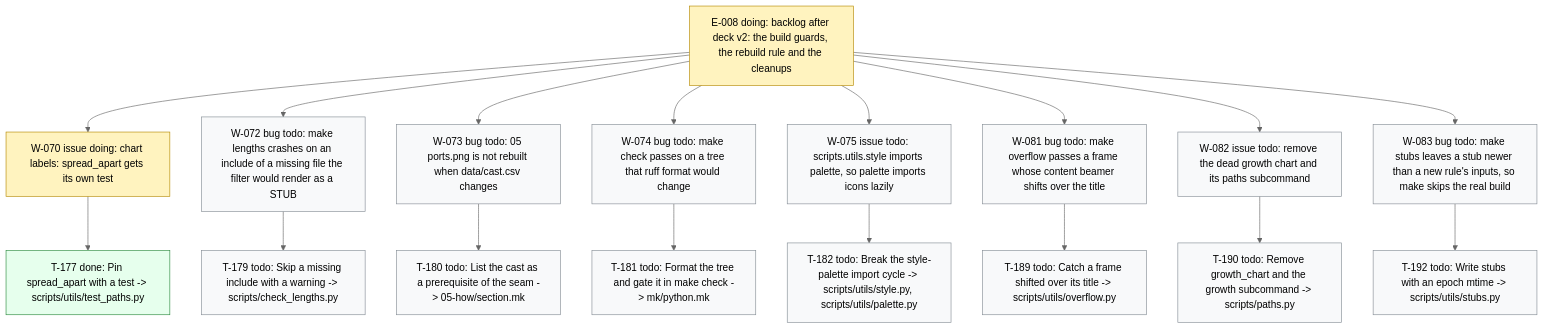
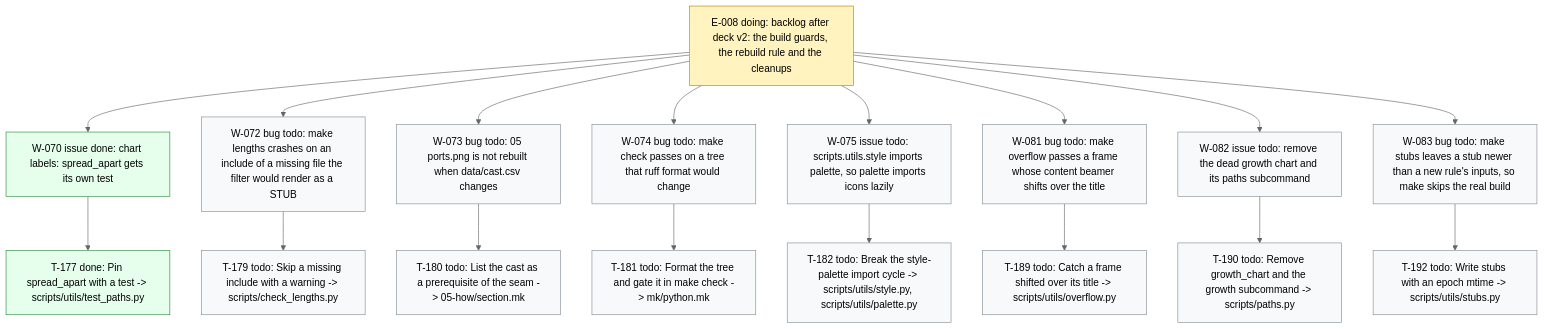
One commit to dpopchev/chaos-to-simple changed the diagram in .board/BOARD.md. Above: the diagram before and after it, drawn with Mermaid (neutral theme). The commit also changed other lines of this file and 1 other file, not shown here.

Commit message:
chore(board): close W-070 -- landed
Refs: W-070

````diff
--- a/.board/BOARD.md
+++ b/.board/BOARD.md
@@ -485,28 +485,28 @@
 ```mermaid
 flowchart TD
   E008["E-008 doing: backlog after deck v2: the build guards, the rebuild rule and the cleanups"]
-  E008 --> W070["W-070 issue doing: chart labels: spread_apart gets its own test"]
+  E008 --> W070["W-070 issue done: chart labels: spread_apart gets its own test"]
   W070 --> T177["T-177 done: Pin spread_apart with a test -> scripts/utils/test_paths.py"]
   E008 --> W072["W-072 bug todo: make lengths crashes on an include of a missing file the filter would render as a STUB"]
   W072 --> T179["T-179 todo: Skip a missing include with a warning -> scripts/check_lengths.py"]
   E008 --> W073["W-073 bug todo: 05 ports.png is not rebuilt when data/cast.csv changes"]
   W073 --> T180["T-180 todo: List the cast as a prerequisite of the seam -> 05-how/section.mk"]
   E008 --> W074["W-074 bug todo: make check passes on a tree that ruff format would change"]
   W074 --> T181["T-181 todo: Format the tree and gate it in make check -> mk/python.mk"]
   E008 --> W075["W-075 issue todo: scripts.utils.style imports palette, so palette imports icons lazily"]
   W075 --> T182["T-182 todo: Break the style-palette import cycle -> scripts/utils/style.py, scripts/utils/palette.py"]
   E008 --> W081["W-081 bug todo: make overflow passes a frame whose content beamer shifts over the title"]
   W081 --> T189["T-189 todo: Catch a frame shifted over its title -> scripts/utils/overflow.py"]
   E008 --> W082["W-082 issue todo: remove the dead growth chart and its paths subcommand"]
   W082 --> T190["T-190 todo: Remove growth_chart and the growth subcommand -> scripts/paths.py"]
   E008 --> W083["W-083 bug todo: make stubs leaves a stub newer than a new rule's inputs, so make skips the real build"]
   W083 --> T192["T-192 todo: Write stubs with an epoch mtime -> scripts/utils/stubs.py"]
   classDef doing fill:#fff3bf,stroke:#b58900,color:#000;
   classDef blocked fill:#ffe3e3,stroke:#c92a2a,color:#000;
   classDef done fill:#e6ffed,stroke:#2b8a3e,color:#000;
   classDef todo fill:#f8f9fa,stroke:#868e96,color:#000;
   classDef pruned fill:#f1f3f5,stroke:#adb5bd,color:#000;
-  class E008,W070 doing
-  class T177 done
+  class E008 doing
+  class W070,T177 done
   class W072,T179,W073,T180,W074,T181,W075,T182,W081,T189,W082,T190,W083,T192 todo
 ```
````
